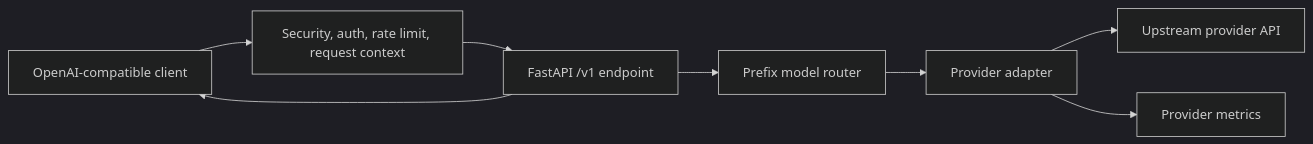
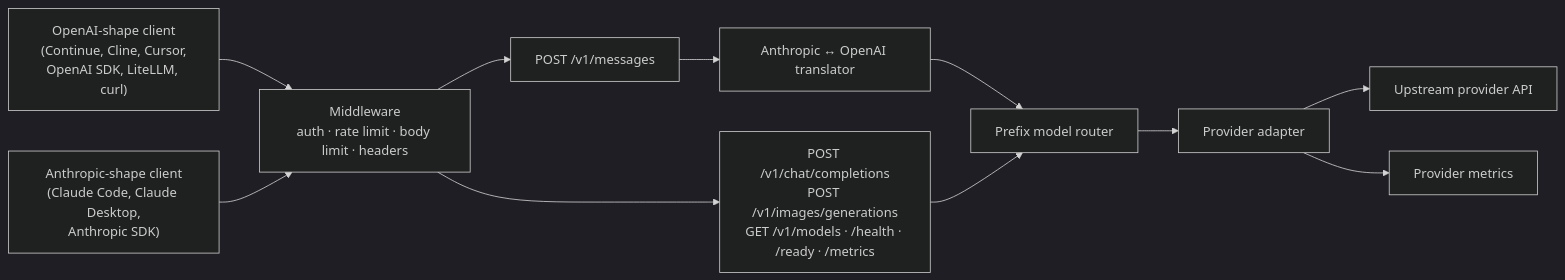
The diagram in docs/architecture.md (siddhartha-kumar/claude-universal-custom-proxy), drawn with Mermaid (dark theme) before and after one commit. The commit also changed other lines of this file and 10 other files, not shown here.

````diff
--- a/docs/architecture.md
+++ b/docs/architecture.md
@@ -7,10 +9,13 @@
 ```mermaid
 flowchart LR
-  client["OpenAI-compatible client"] --> middleware["Security, auth, rate limit, request context"]
-  middleware --> api["FastAPI /v1 endpoint"]
-  api --> router["Prefix model router"]
+  oai["OpenAI-shape client<br/>(Continue, Cline, Cursor,<br/>OpenAI SDK, LiteLLM, curl)"] --> mw["Middleware<br/>auth · rate limit · body limit · headers"]
+  anth["Anthropic-shape client<br/>(Claude Code, Claude Desktop,<br/>Anthropic SDK)"] --> mw
+  mw --> oaiapi["POST /v1/chat/completions<br/>POST /v1/images/generations<br/>GET /v1/models · /health · /ready · /metrics"]
+  mw --> anthapi["POST /v1/messages"]
+  anthapi --> xlat["Anthropic ↔ OpenAI translator"]
+  xlat --> router["Prefix model router"]
+  oaiapi --> router
   router --> provider["Provider adapter"]
   provider --> upstream["Upstream provider API"]
   provider --> metrics["Provider metrics"]
-  api --> client
 ```
````
